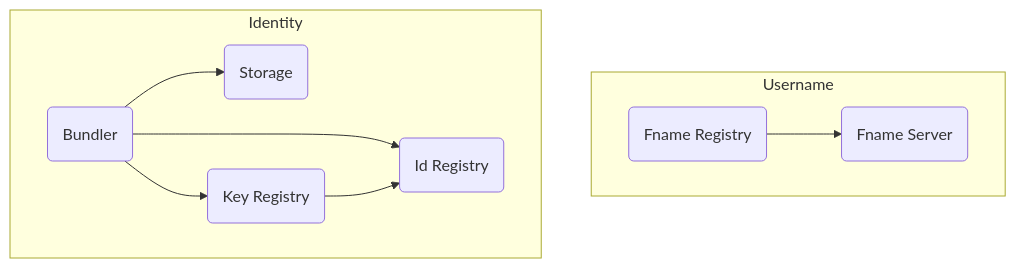
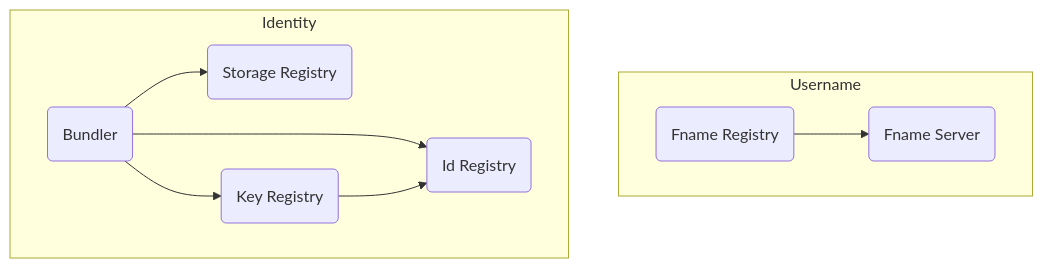
One commit to farcasterxyz/contracts changed the first of 3 diagrams in docs/docs.md. Above: the diagram before and after it, drawn with Mermaid. The commit also changed other lines of this file and 15 other files, not shown here.

Commit message:
refactor(StorageRegistry): rename StorageRent to StorageRegistry

````diff
--- a/docs/docs.md
+++ b/docs/docs.md
@@ -3,13 +3,13 @@
 ```mermaid
 
 graph TD
 
     subgraph Username
     FR(Fname Registry) --> FS(Fname Server)
     end
 
     subgraph Identity
-    BN(Bundler) --> IR(Id Registry) & SR(Storage) & KR(Key Registry)
+    BN(Bundler) --> IR(Id Registry) & SR(Storage Registry) & KR(Key Registry)
     KR --> IR
     end
 ```
````
